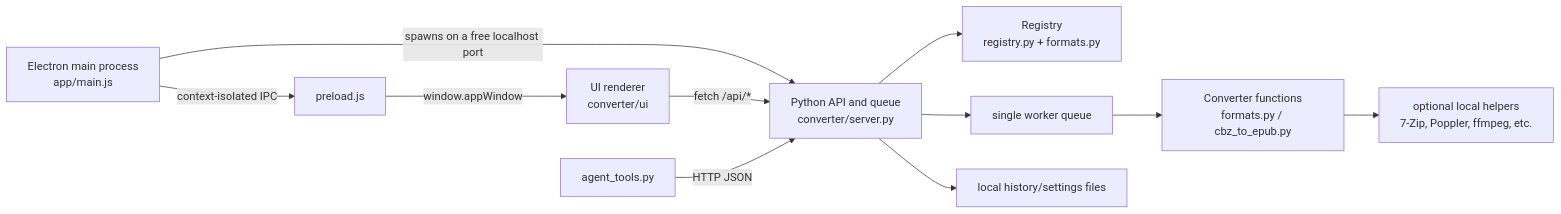
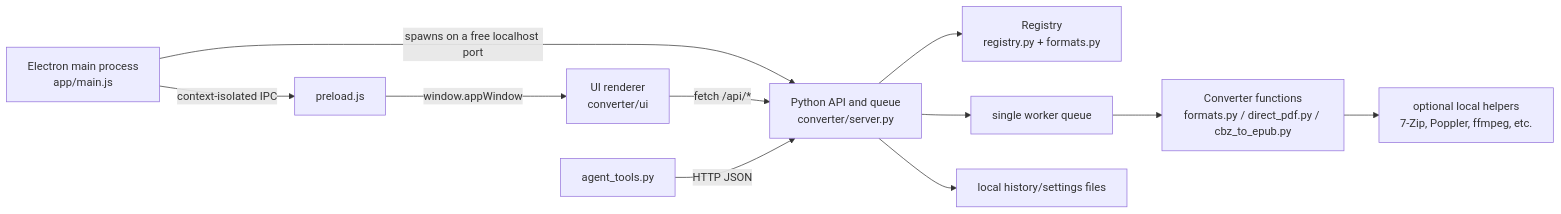
Before and after one commit to Brightwav3/One-tool-to-rule-them-all: the first of 2 diagrams in moc.md, drawn with Mermaid. The commit also changed other lines of this file and 3 other files, not shown here.

First line of the commit message:
refactor(converter): extract direct PDF kernel from formats.py

````diff
--- a/moc.md
+++ b/moc.md
@@ -49,13 +50,13 @@
 ```mermaid
 flowchart LR
   E[Electron main process\napp/main.js] -->|spawns on a free localhost port| S[Python API and queue\nconverter/server.py]
   E -->|context-isolated IPC| P[preload.js]
   P -->|window.appWindow| U[UI renderer\nconverter/ui]
   U -->|fetch /api/*| S
   A[agent_tools.py] -->|HTTP JSON| S
   S --> R[Registry\nregistry.py + formats.py]
   S --> Q[single worker queue]
-  Q --> C[Converter functions\nformats.py / cbz_to_epub.py]
+  Q --> C[Converter functions\nformats.py / direct_pdf.py / cbz_to_epub.py]
   C --> H[optional local helpers\n7-Zip, Poppler, ffmpeg, etc.]
   S --> D[local history/settings files]
 ```
````
